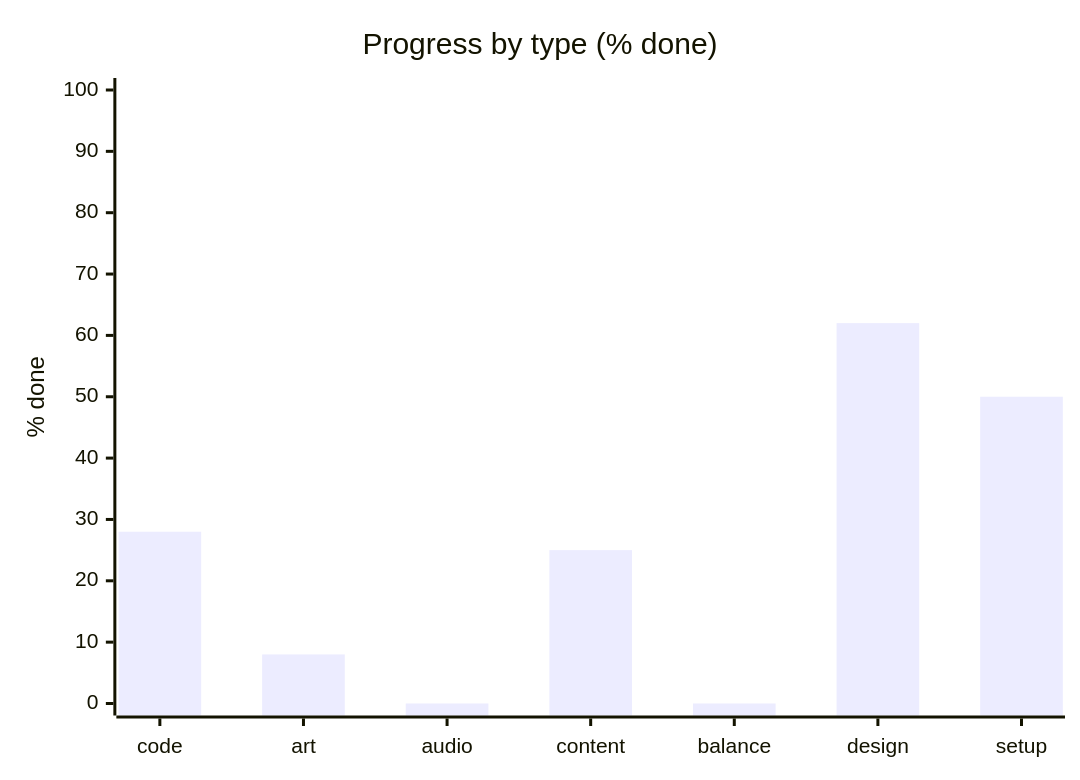
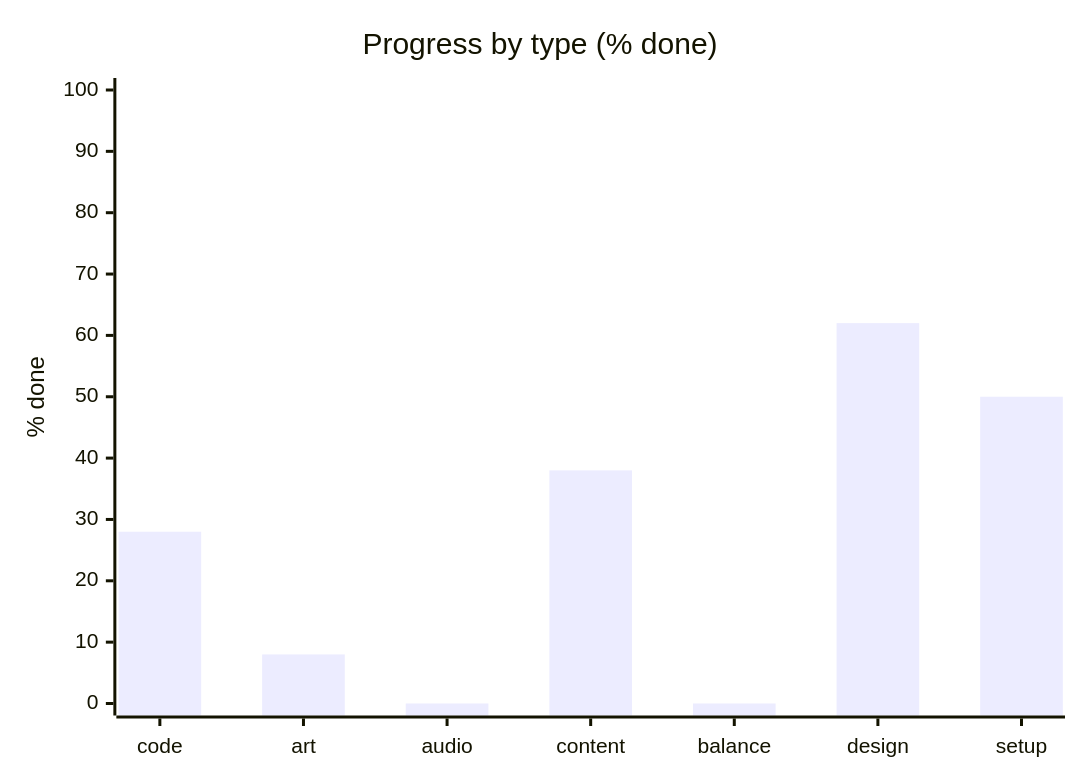
Before and after one commit to artemiiShabanov/RallyRivals: the second of 3 diagrams in STATUS.md, drawn with Mermaid. The commit also changed other lines of this file and 4 other files, not shown here.

````diff
--- a/STATUS.md
+++ b/STATUS.md
@@ -17,7 +17,7 @@
 ```mermaid
 xychart-beta
     title "Progress by type (% done)"
     x-axis ["code", "art", "audio", "content", "balance", "design", "setup"]
     y-axis "% done" 0 --> 100
-    bar [28, 8, 0, 25, 0, 62, 50]
+    bar [28, 8, 0, 38, 0, 62, 50]
 ```
````
